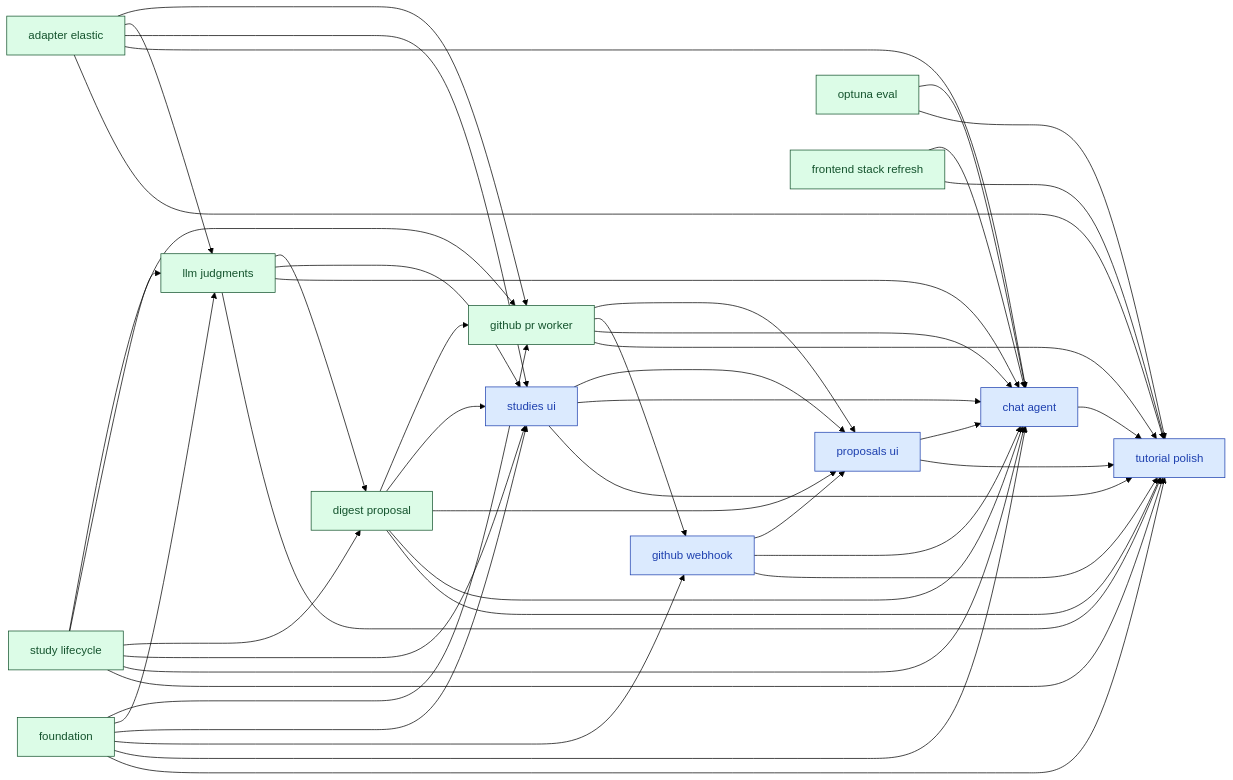
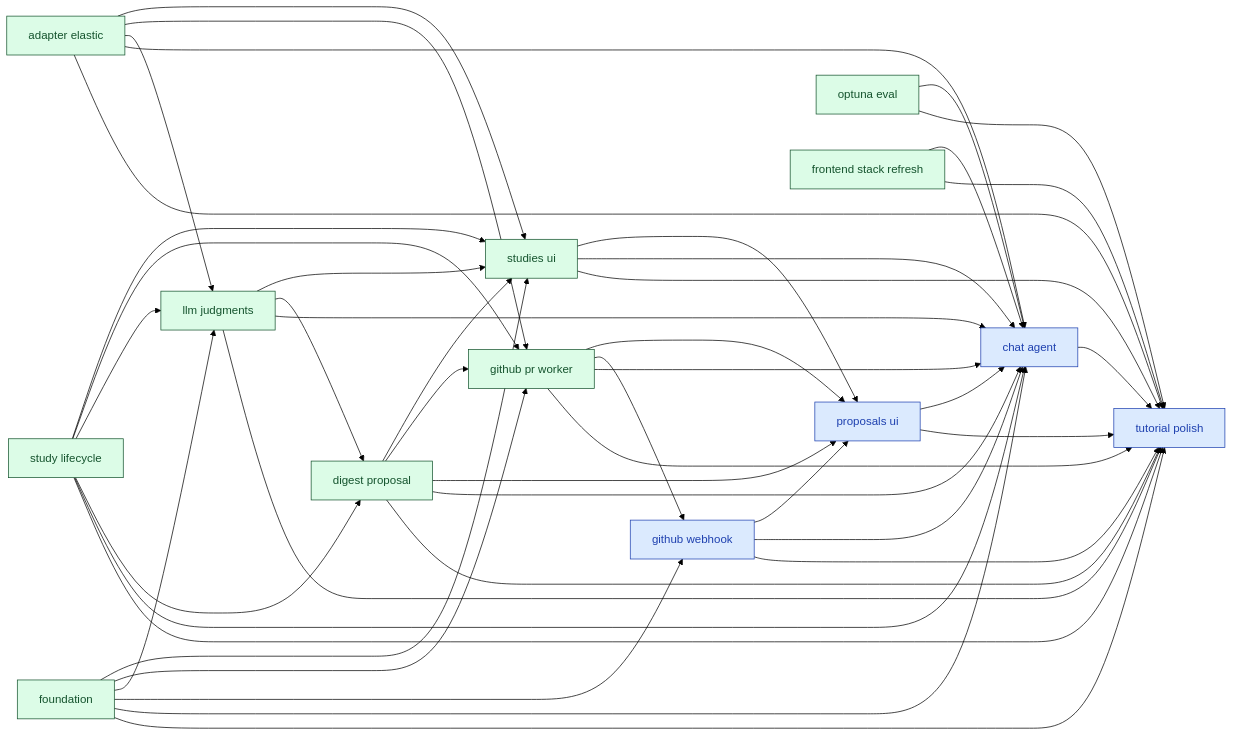
One commit to SoundMindsAI/relyloop changed the diagram in docs/00_overview/MVP1_DASHBOARD.md. Above: the diagram before and after it, drawn with Mermaid (forest theme). The commit also changed other lines of this file and 124 other files, not shown here.

````diff
--- a/docs/00_overview/MVP1_DASHBOARD.md
+++ b/docs/00_overview/MVP1_DASHBOARD.md
@@ -83,77 +87,77 @@
 ```mermaid
 graph LR
   classDef done fill:#dcfce7,stroke:#14532d,color:#14532d;
   classDef implement fill:#ffedd5,stroke:#9a3412,color:#9a3412;
   classDef plan fill:#fef9c3,stroke:#854d0e,color:#854d0e;
   classDef spec fill:#dbeafe,stroke:#1e40af,color:#1e40af;
   classDef idea fill:#f1f5f9,stroke:#334155,color:#334155;
   chore_tutorial_polish["tutorial polish"]
   class chore_tutorial_polish spec;
   feat_chat_agent["chat agent"]
   class feat_chat_agent spec;
   feat_github_webhook["github webhook"]
   class feat_github_webhook spec;
   feat_proposals_ui["proposals ui"]
   class feat_proposals_ui spec;
-  feat_studies_ui["studies ui"]
-  class feat_studies_ui spec;
   infra_foundation["foundation"]
   class infra_foundation done;
   feat_study_lifecycle["study lifecycle"]
   class feat_study_lifecycle done;
   infra_adapter_elastic["adapter elastic"]
   class infra_adapter_elastic done;
   infra_optuna_eval["optuna eval"]
   class infra_optuna_eval done;
   feat_digest_proposal["digest proposal"]
   class feat_digest_proposal done;
   feat_llm_judgments["llm judgments"]
   class feat_llm_judgments done;
   feat_github_pr_worker["github pr worker"]
   class feat_github_pr_worker done;
+  feat_studies_ui["studies ui"]
+  class feat_studies_ui done;
   infra_frontend_stack_refresh["frontend stack refresh"]
   class infra_frontend_stack_refresh done;
   feat_chat_agent --> chore_tutorial_polish
   feat_digest_proposal --> chore_tutorial_polish
   feat_github_pr_worker --> chore_tutorial_polish
   feat_github_webhook --> chore_tutorial_polish
   feat_llm_judgments --> chore_tutorial_polish
   feat_proposals_ui --> chore_tutorial_polish
   feat_studies_ui --> chore_tutorial_polish
   feat_study_lifecycle --> chore_tutorial_polish
   infra_adapter_elastic --> chore_tutorial_polish
   infra_foundation --> chore_tutorial_polish
   infra_frontend_stack_refresh --> chore_tutorial_polish
   infra_optuna_eval --> chore_tutorial_polish
   feat_digest_proposal --> feat_chat_agent
   feat_github_pr_worker --> feat_chat_agent
   feat_github_webhook --> feat_chat_agent
   feat_llm_judgments --> feat_chat_agent
   feat_proposals_ui --> feat_chat_agent
   feat_studies_ui --> feat_chat_agent
   feat_study_lifecycle --> feat_chat_agent
   infra_adapter_elastic --> feat_chat_agent
   infra_foundation --> feat_chat_agent
   infra_frontend_stack_refresh --> feat_chat_agent
   infra_optuna_eval --> feat_chat_agent
   infra_foundation --> feat_github_webhook
   feat_github_pr_worker --> feat_github_webhook
   feat_studies_ui --> feat_proposals_ui
   feat_digest_proposal --> feat_proposals_ui
   feat_github_pr_worker --> feat_proposals_ui
   feat_github_webhook --> feat_proposals_ui
-  infra_foundation --> feat_studies_ui
-  feat_study_lifecycle --> feat_studies_ui
-  feat_digest_proposal --> feat_studies_ui
-  feat_llm_judgments --> feat_studies_ui
-  infra_adapter_elastic --> feat_studies_ui
   feat_study_lifecycle --> feat_digest_proposal
   feat_llm_judgments --> feat_digest_proposal
   infra_foundation --> feat_llm_judgments
   infra_adapter_elastic --> feat_llm_judgments
   feat_study_lifecycle --> feat_llm_judgments
   infra_foundation --> feat_github_pr_worker
   infra_adapter_elastic --> feat_github_pr_worker
   feat_study_lifecycle --> feat_github_pr_worker
   feat_digest_proposal --> feat_github_pr_worker
+  infra_foundation --> feat_studies_ui
+  feat_study_lifecycle --> feat_studies_ui
+  feat_digest_proposal --> feat_studies_ui
+  feat_llm_judgments --> feat_studies_ui
+  infra_adapter_elastic --> feat_studies_ui
 ```
````
